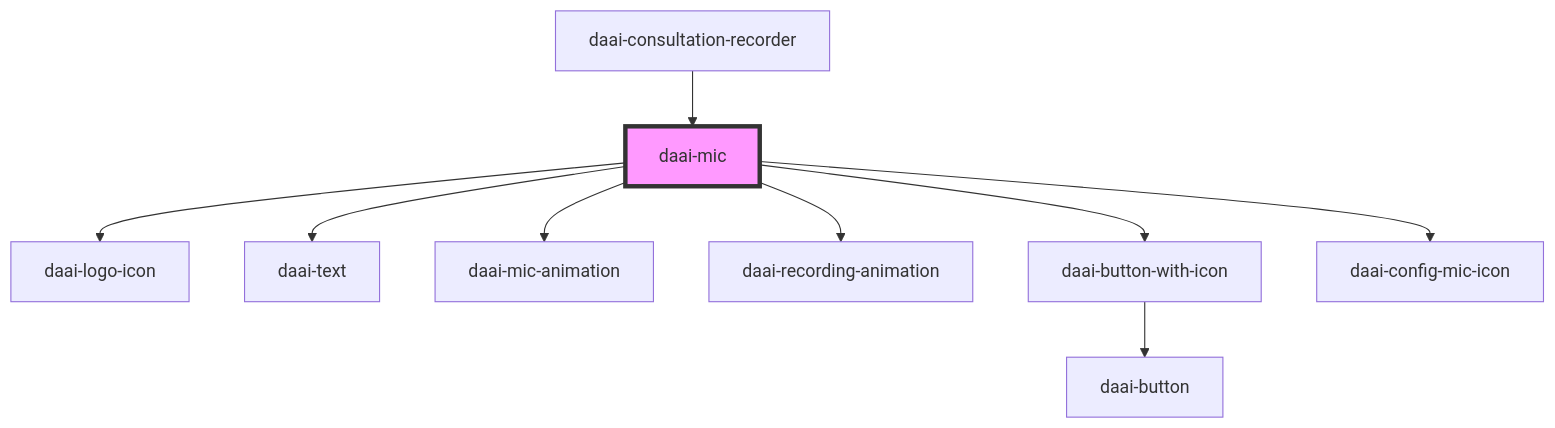
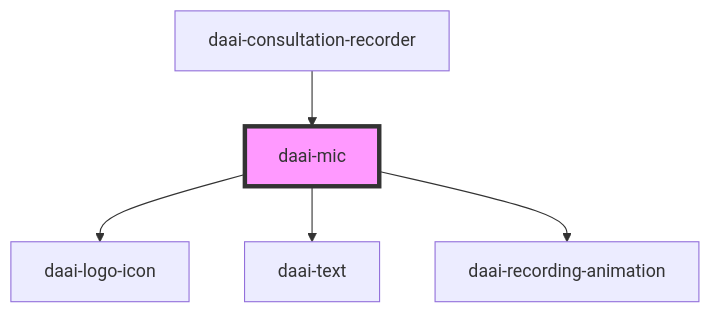
Before and after one commit to doctor-assistant/web-components: the diagram in src/components/organisms/mic/readme.md, drawn with Mermaid. The commit also changed other lines of this file and 13 other files, not shown here.

````diff
--- a/src/components/organisms/mic/readme.md
+++ b/src/components/organisms/mic/readme.md
@@ -29,12 +26,8 @@
 ```mermaid
 graph TD;
   daai-mic --> daai-logo-icon
   daai-mic --> daai-text
-  daai-mic --> daai-mic-animation
   daai-mic --> daai-recording-animation
-  daai-mic --> daai-button-with-icon
-  daai-mic --> daai-config-mic-icon
-  daai-button-with-icon --> daai-button
   daai-consultation-recorder --> daai-mic
   style daai-mic fill:#f9f,stroke:#333,stroke-width:4px
 ```
````
